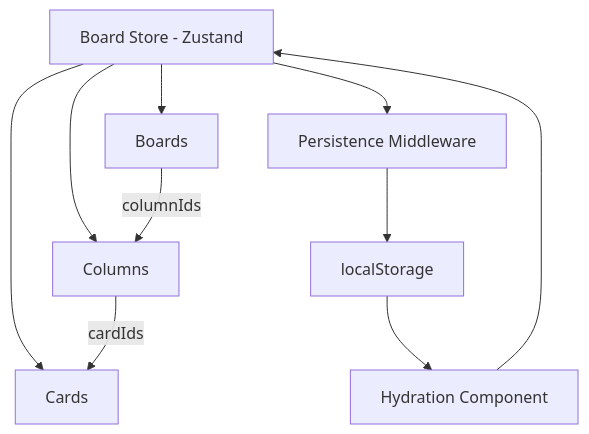
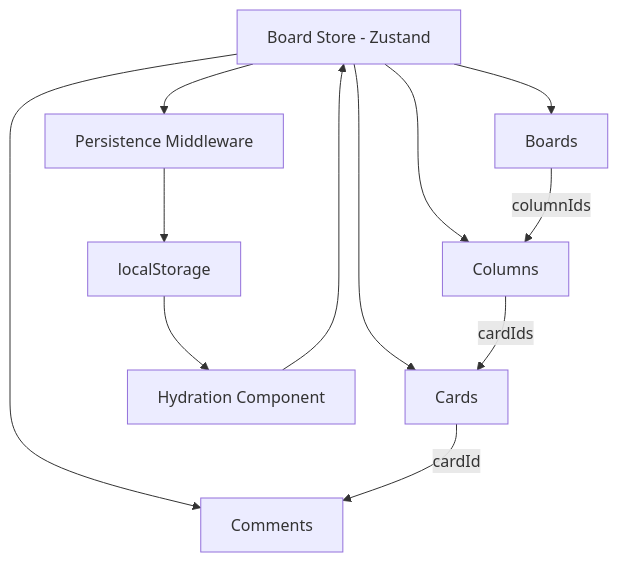
One commit to godric4/collabo-board changed the diagram in README.md. Above: the diagram before and after it, drawn with Mermaid. The commit also changed other lines of this file, not shown here.

````diff
--- a/README.md
+++ b/README.md
@@ -49,12 +74,16 @@
 ```mermaid
 flowchart TD
     A[Board Store - Zustand] --> B[Boards]
     A --> C[Columns]
     A --> D[Cards]
+    A --> H[Comments]
+
     B -->|columnIds| C
     C -->|cardIds| D
+    D -->|cardId| H
+
     A --> E[Persistence Middleware]
     E --> F[localStorage]
     F --> G[Hydration Component]
     G --> A
 ```
````
